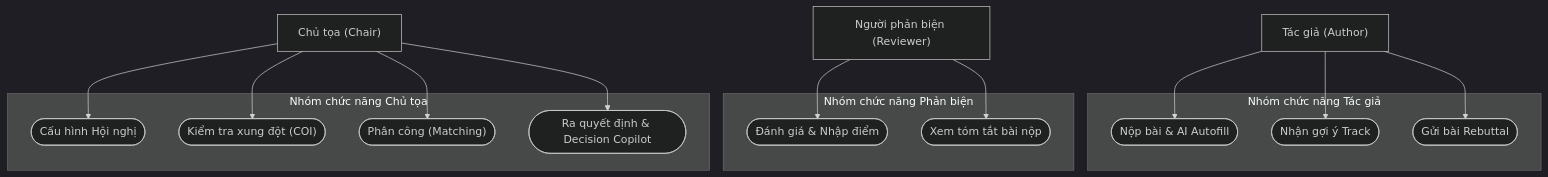
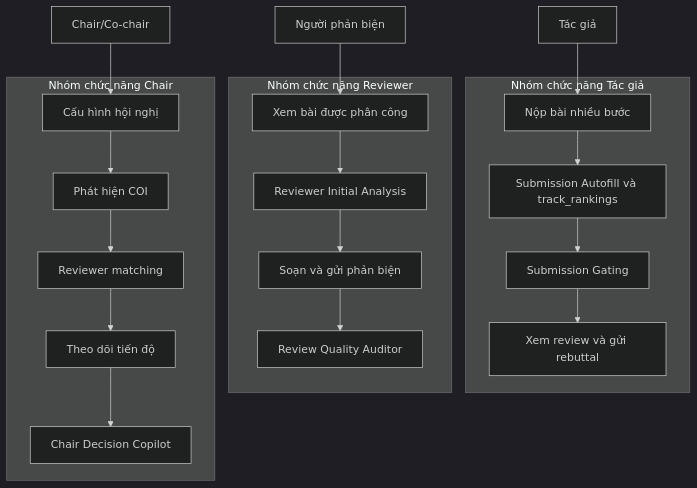
The second of 13 diagrams in docs/report/compiled/final_combined/03-xay-dung-he-thong.md (5CLCsCan/ConferenceSpace), drawn with Mermaid (dark theme) before and after one commit. The commit also changed other lines of this file and 2 other files, not shown here.

````diff
--- a/docs/report/compiled/final_combined/03-xay-dung-he-thong.md
+++ b/docs/report/compiled/final_combined/03-xay-dung-he-thong.md
@@ -83,39 +87,32 @@
 ```mermaid
-graph TD
-    %% Tác nhân
-    Author["Tác giả (Author)"]
-    Reviewer["Người phản biện (Reviewer)"]
-    Chair["Chủ tọa (Chair)"]
-    
-    %% Use Cases
-    subgraph Author_UseCases ["Nhóm chức năng Tác giả"]
-        UC_Autofill(["Nộp bài & AI Autofill"])
-        UC_Track(["Nhận gợi ý Track"])
-        UC_Rebuttal(["Gửi bài Rebuttal"])
-    end
-    
-    subgraph Reviewer_UseCases ["Nhóm chức năng Phản biện"]
-        UC_Review(["Đánh giá & Nhập điểm"])
-        UC_Briefing(["Xem tóm tắt bài nộp"])
-    end
-    
-    subgraph Chair_UseCases ["Nhóm chức năng Chủ tọa"]
-        UC_Config(["Cấu hình Hội nghị"])
-        UC_COI(["Kiểm tra xung đột (COI)"])
-        UC_Assign(["Phân công (Matching)"])
-        UC_Decision(["Ra quyết định & Decision Copilot"])
+flowchart TD
+    Author["Tác giả"]
+    Reviewer["Người phản biện"]
+    Chair["Chair/Co-chair"]
+
+    subgraph A["Nhóm chức năng Tác giả"]
+        A1["Nộp bài nhiều bước"]
+        A2["Submission Autofill và track_rankings"]
+        A3["Submission Gating"]
+        A4["Xem review và gửi rebuttal"]
     end
 
-    %% Mối liên kết
-    Author --> UC_Autofill
-    Author --> UC_Rebuttal
-    Author --> UC_Track
+    subgraph R["Nhóm chức năng Reviewer"]
+        R1["Xem bài được phân công"]
+        R2["Reviewer Initial Analysis"]
+        R3["Soạn và gửi phản biện"]
+        R4["Review Quality Auditor"]
+    end
 
-    Reviewer --> UC_Review
-    Reviewer --> UC_Briefing
+    subgraph C["Nhóm chức năng Chair"]
+        C1["Cấu hình hội nghị"]
+        C2["Phát hiện COI"]
+        C3["Reviewer matching"]
+        C4["Theo dõi tiến độ"]
+        C5["Chair Decision Copilot"]
+    end
 
-    Chair --> UC_Config
-    Chair --> UC_COI
-    Chair --> UC_Assign
-    Chair --> UC_Decision
+    Author --> A1 --> A2 --> A3 --> A4
+    Reviewer --> R1 --> R2 --> R3 --> R4
+    Chair --> C1 --> C2 --> C3 --> C4 --> C5
 ```
````
